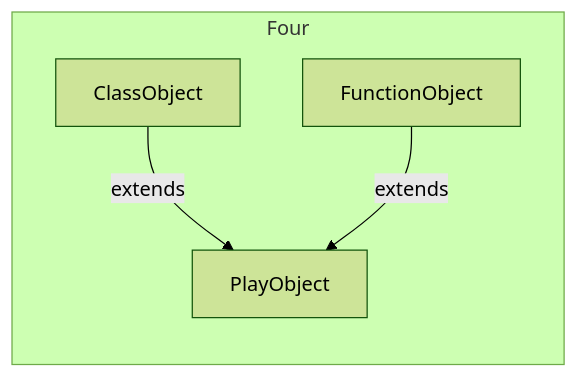
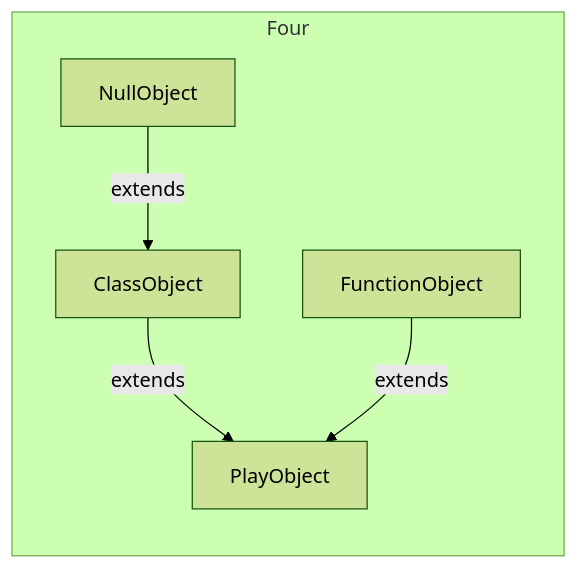
One commit to kai-xie/play-with-compiler changed the fourth of 4 diagrams in playscript-cpp/class_structure_java.md. Above: the diagram before and after it, drawn with Mermaid (forest theme). The commit also changed other lines of this file and 12 other files, not shown here.

````diff
--- a/playscript-cpp/class_structure_java.md
+++ b/playscript-cpp/class_structure_java.md
@@ -46,7 +46,8 @@
 ```mermaid
 graph BT
   subgraph Four
   ClassObject -- extends --> PlayObject
+  NullObject -- extends --> ClassObject
   FunctionObject -- extends --> PlayObject
   end
 ```
````
